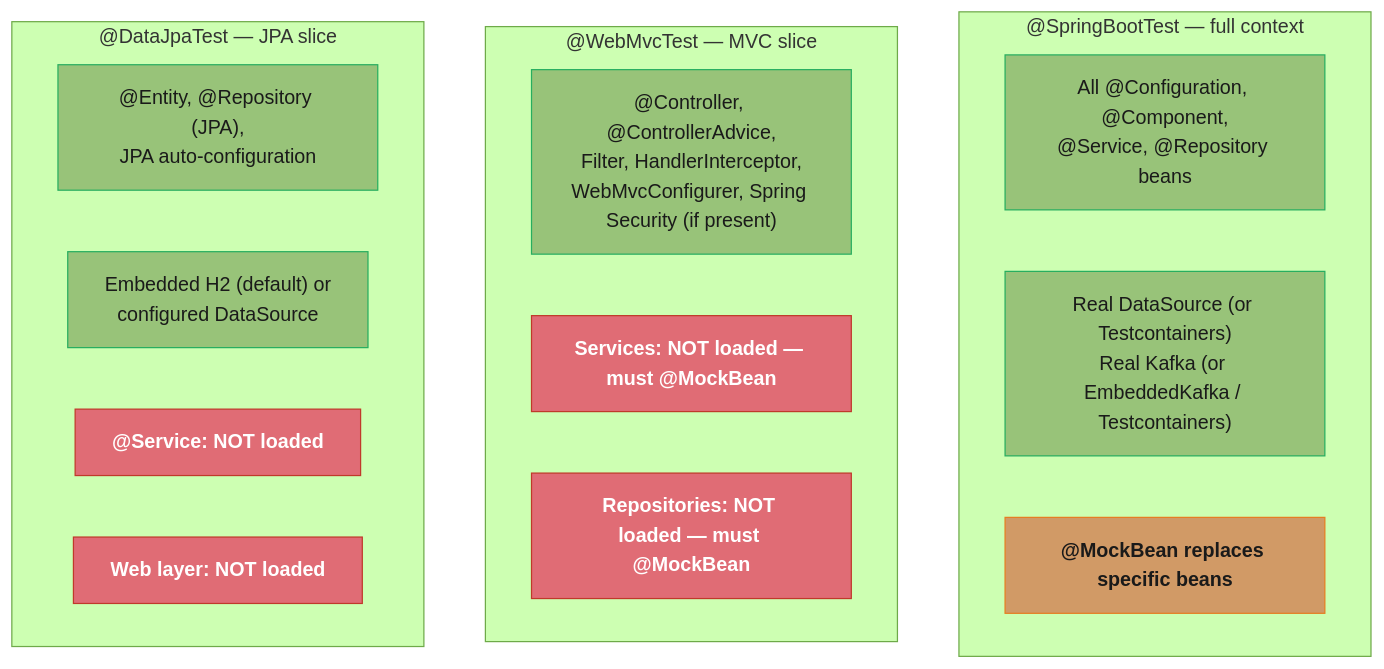
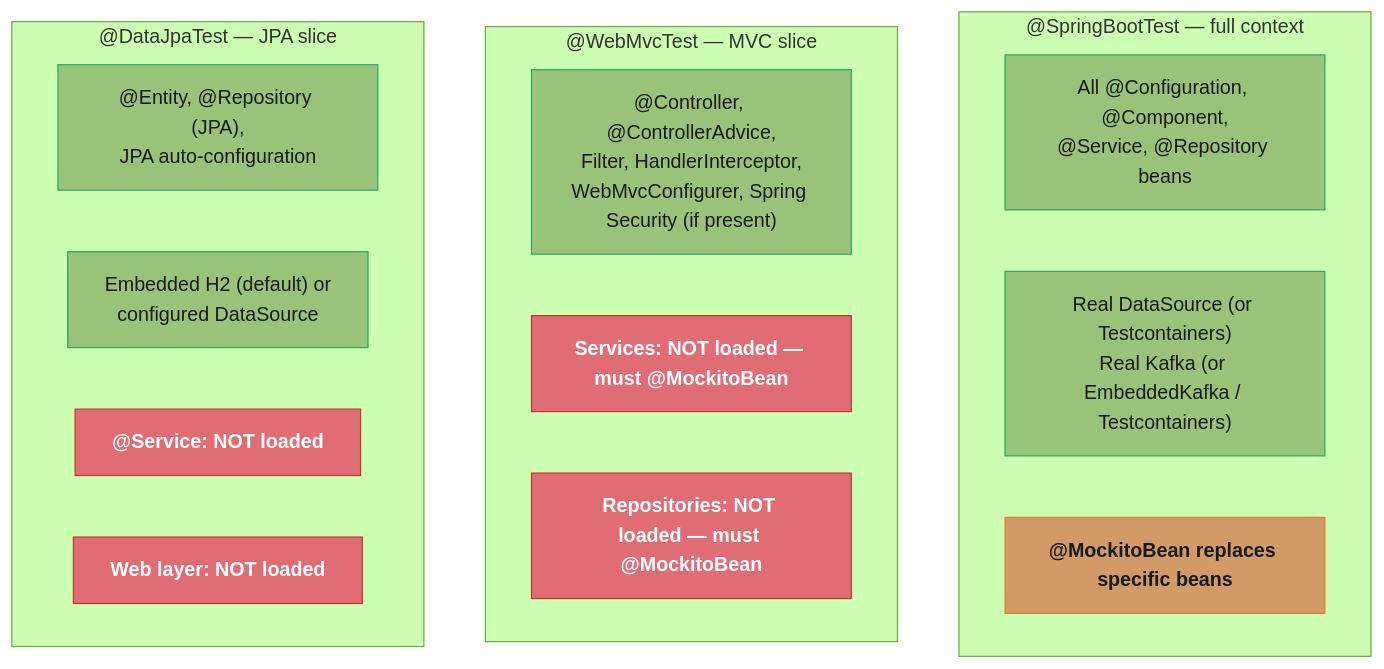
Before and after one commit to rppol/system-design: the first of 5 diagrams in src/main/java/com/rutik/systemdesign/spring/spring_testing/README.md, drawn with Mermaid (forest theme). The commit also changed other lines of this file and 8 other files, not shown here.

First line of the commit message:
audit(spring): 49 corrections — @MockBean x100 is removed in Boot 4.0, and flatMap was never unbounded

````diff
--- a/src/main/java/com/rutik/systemdesign/spring/spring_testing/README.md
+++ b/src/main/java/com/rutik/systemdesign/spring/spring_testing/README.md
@@ -88,36 +88,36 @@
 ```mermaid
 flowchart TD
     classDef io      fill:#61afef,stroke:#2e86c1,color:#1a1a1a,font-weight:bold
     classDef frozen  fill:#c678dd,stroke:#9b59b6,color:#fff
     classDef train   fill:#98c379,stroke:#27ae60,color:#1a1a1a
     classDef mathOp  fill:#d19a66,stroke:#e67e22,color:#1a1a1a,font-weight:bold
     classDef lossN   fill:#e06c75,stroke:#c0392b,color:#fff,font-weight:bold
     classDef req     fill:#56b6c2,stroke:#0097a7,color:#1a1a1a
     classDef base    fill:#e5c07b,stroke:#f39c12,color:#1a1a1a
 
     subgraph SBT["@SpringBootTest — full context"]
         sbt1["All @Configuration, @Component,\n@Service, @Repository beans"]
         sbt2["Real DataSource (or Testcontainers)\nReal Kafka (or EmbeddedKafka / Testcontainers)"]
-        sbt3["@MockBean replaces specific beans"]
+        sbt3["@MockitoBean replaces specific beans"]
     end
 
     subgraph WMT["@WebMvcTest — MVC slice"]
         wmt1["@Controller, @ControllerAdvice,\nFilter, HandlerInterceptor,\nWebMvcConfigurer, Spring Security (if present)"]
-        wmt2["Services: NOT loaded — must @MockBean"]
-        wmt3["Repositories: NOT loaded — must @MockBean"]
+        wmt2["Services: NOT loaded — must @MockitoBean"]
+        wmt3["Repositories: NOT loaded — must @MockitoBean"]
     end
 
     subgraph DJT["@DataJpaTest — JPA slice"]
         djt1["@Entity, @Repository (JPA),\nJPA auto-configuration"]
         djt2["Embedded H2 (default) or\nconfigured DataSource"]
         djt3["@Service: NOT loaded"]
         djt4["Web layer: NOT loaded"]
     end
 
     class sbt1,sbt2 train
     class sbt3 mathOp
     class wmt1 train
     class wmt2,wmt3 lossN
     class djt1,djt2 train
     class djt3,djt4 lossN
 ```
````
